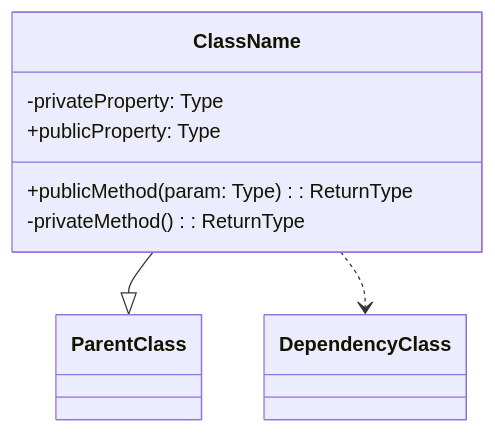
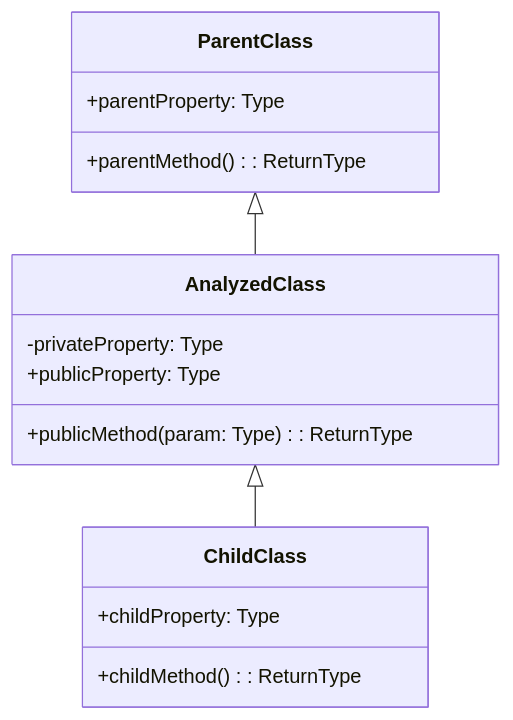
The first of 2 diagrams in Jetchat/.cursor/rules/android_analyze_kotlin_file_prompt.mdc (hyh19/compose-samples), drawn with Mermaid before and after one commit. The commit also changed other lines of this file, not shown here.

````diff
--- a/Jetchat/.cursor/rules/android_analyze_kotlin_file_prompt.mdc
+++ b/Jetchat/.cursor/rules/android_analyze_kotlin_file_prompt.mdc
@@ -81,11 +63,21 @@
-```mermaid
-classDiagram
-    class ClassName {
-        -privateProperty: Type
-        +publicProperty: Type
-        +publicMethod(param: Type): ReturnType
-        -privateMethod(): ReturnType
-    }
-    ClassName --|> ParentClass
-    ClassName ..> DependencyClass
-```
+  ```mermaid
+  classDiagram
+      ParentClass <|-- AnalyzedClass
+      AnalyzedClass <|-- ChildClass
+      
+      class ParentClass {
+          +parentProperty: Type
+          +parentMethod(): ReturnType
+      }
+      
+      class AnalyzedClass {
+          -privateProperty: Type
+          +publicProperty: Type
+          +publicMethod(param: Type): ReturnType
+      }
+      
+      class ChildClass {
+          +childProperty: Type
+          +childMethod(): ReturnType
+      }
+  ```
````
